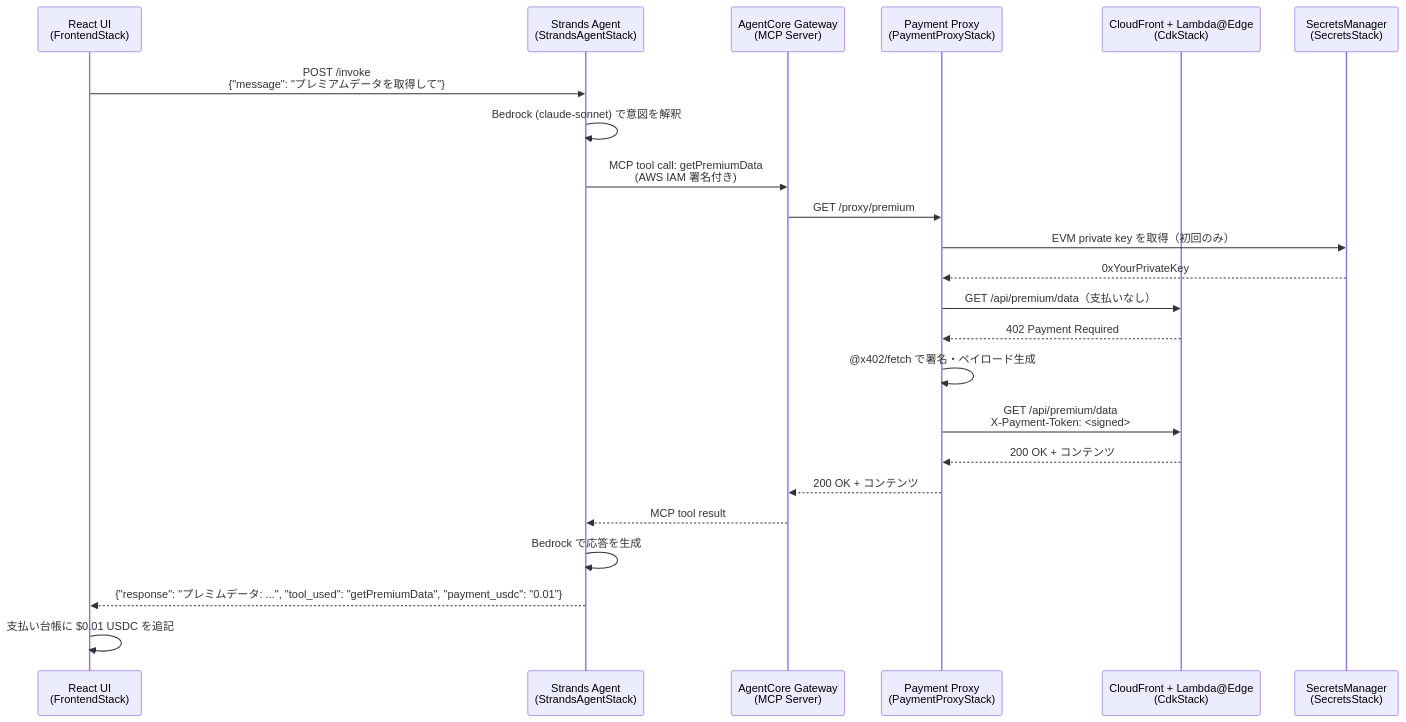
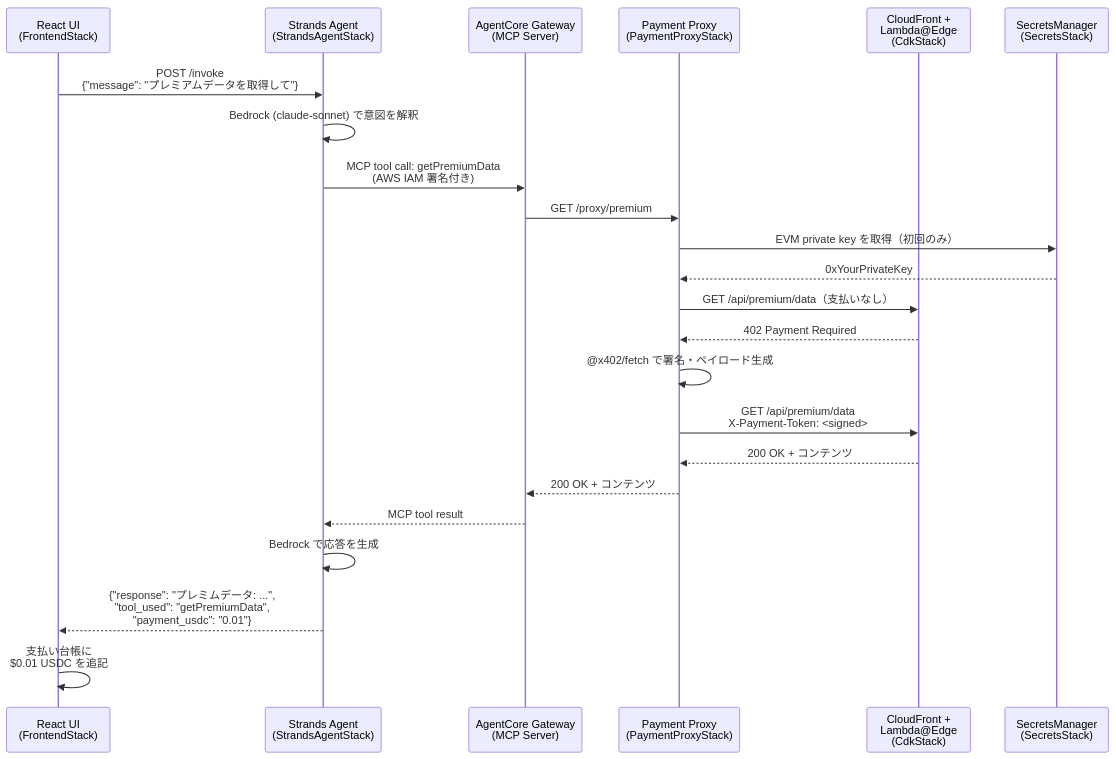
The third of 4 diagrams in README.md (mashharuki/x402-Cloudfront-LambdaEdge-Sample), drawn with Mermaid before and after one commit. The commit also changed other lines of this file and 8 other files, not shown here.

````diff
--- a/README.md
+++ b/README.md
@@ -176,26 +176,26 @@
 ```mermaid
 sequenceDiagram
     participant UI as React UI<br/>(FrontendStack)
     participant SA as Strands Agent<br/>(StrandsAgentStack)
     participant GW as AgentCore Gateway<br/>(MCP Server)
     participant PP as Payment Proxy<br/>(PaymentProxyStack)
-    participant CF as CloudFront + Lambda@Edge<br/>(CdkStack)
+    participant CF as CloudFront + <br/> Lambda@Edge<br/>(CdkStack)
     participant SM as SecretsManager<br/>(SecretsStack)
 
     UI->>SA: POST /invoke<br/>{"message": "プレミアムデータを取得して"}
     SA->>SA: Bedrock (claude-sonnet) で意図を解釈
     SA->>GW: MCP tool call: getPremiumData<br/>(AWS IAM 署名付き)
     GW->>PP: GET /proxy/premium
     PP->>SM: EVM private key を取得（初回のみ）
     SM-->>PP: 0xYourPrivateKey
     PP->>CF: GET /api/premium/data（支払いなし）
     CF-->>PP: 402 Payment Required
     PP->>PP: @x402/fetch で署名・ペイロード生成
     PP->>CF: GET /api/premium/data<br/>X-Payment-Token: <signed>
     CF-->>PP: 200 OK + コンテンツ
     PP-->>GW: 200 OK + コンテンツ
     GW-->>SA: MCP tool result
     SA->>SA: Bedrock で応答を生成
-    SA-->>UI: {"response": "プレミムデータ: ...", "tool_used": "getPremiumData", "payment_usdc": "0.01"}
-    UI->>UI: 支払い台帳に $0.01 USDC を追記
+    SA-->>UI: {"response": "プレミムデータ: ...", <br/>"tool_used": "getPremiumData",<br/> "payment_usdc": "0.01"}
+    UI->>UI: 支払い台帳に <br/>$0.01 USDC を追記
 ```
````
